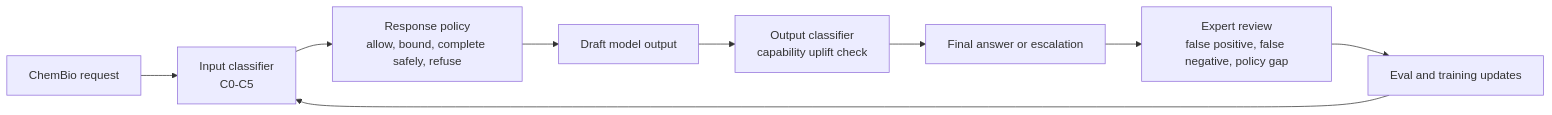
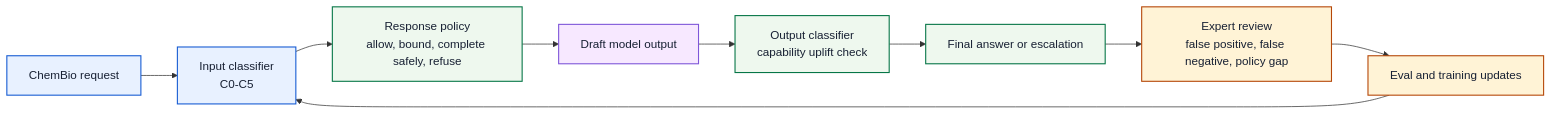
One commit to BryanTegomoh/chembio-safety-classifier changed the diagram in README.md. Above: the diagram before and after it, drawn with Mermaid. The commit also changed other lines of this file and 1 other file, not shown here.

Commit message:
Improve README calibration diagram

````diff
--- a/README.md
+++ b/README.md
@@ -52,11 +43,19 @@
 ```mermaid
 flowchart LR
     A["ChemBio request"] --> B["Input classifier<br/>C0-C5"]
     B --> C["Response policy<br/>allow, bound, complete safely, refuse"]
     C --> D["Draft model output"]
     D --> E["Output classifier<br/>capability uplift check"]
     E --> F["Final answer or escalation"]
     F --> G["Expert review<br/>false positive, false negative, policy gap"]
     G --> H["Eval and training updates"]
     H --> B
+    classDef input fill:#e8f1ff,stroke:#175cd3,stroke-width:1.5px,color:#172033;
+    classDef policy fill:#eef8ee,stroke:#067647,stroke-width:1.5px,color:#172033;
+    classDef review fill:#fff3d6,stroke:#b54708,stroke-width:1.5px,color:#172033;
+    classDef output fill:#f7e8ff,stroke:#7f56d9,stroke-width:1.5px,color:#172033;
+    class A,B input;
+    class C,E,F policy;
+    class D output;
+    class G,H review;
 ```
````
